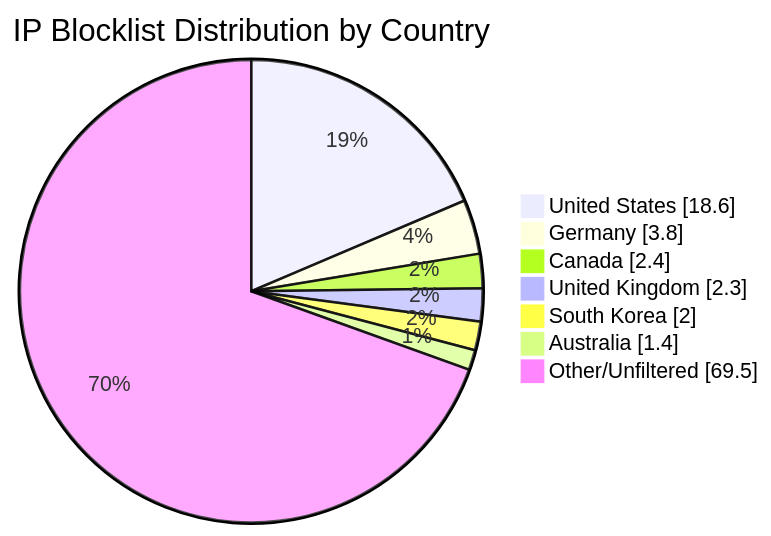
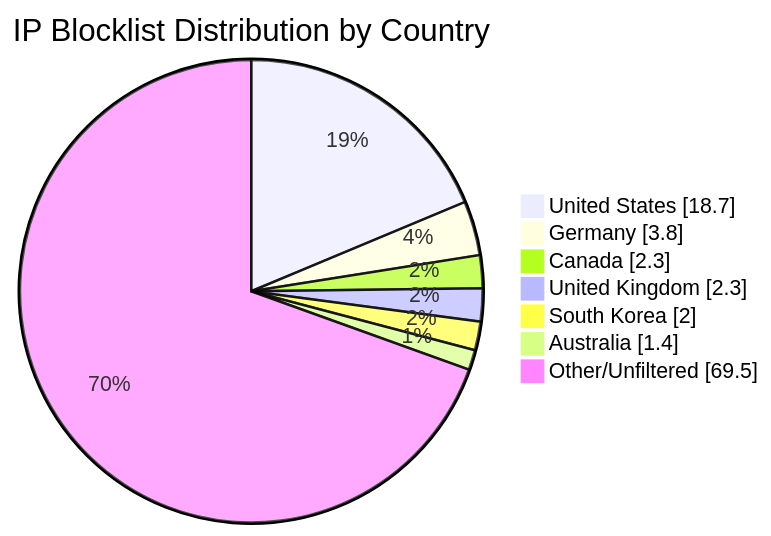
One commit to MarcusHoltz/ipblocklist-geofiltered-aggregator changed the diagram in README.md. Above: the diagram before and after it, drawn with Mermaid. The commit also changed other lines of this file and 9 other files, not shown here.

````diff
--- a/README.md
+++ b/README.md
@@ -34,10 +34,10 @@
 ```mermaid
 pie showData title IP Blocklist Distribution by Country
-"United States" : 18.6
+"United States" : 18.7
 "Germany" : 3.8
-"Canada" : 2.4
+"Canada" : 2.3
 "United Kingdom" : 2.3
 "South Korea" : 2.0
 "Australia" : 1.4
 "Other/Unfiltered" : 69.5
 ```
````
